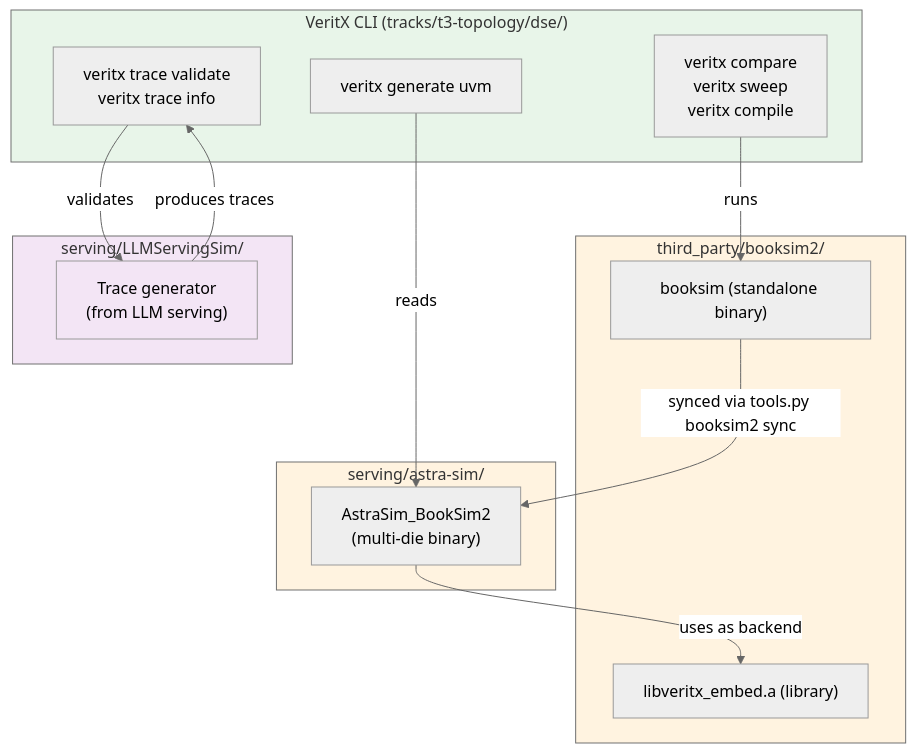
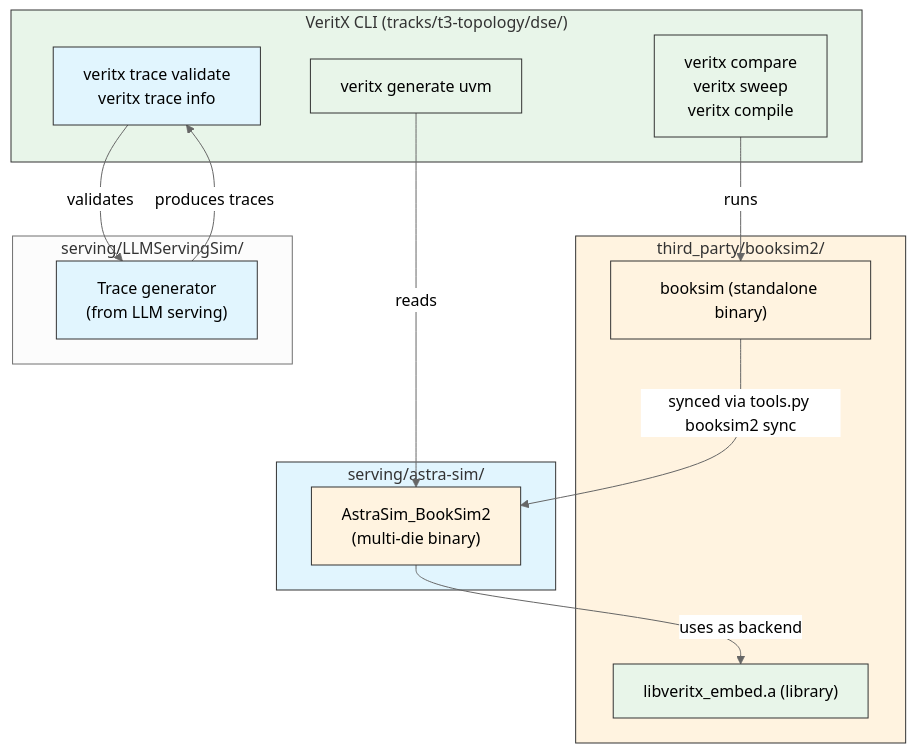
One commit to Anmol-S314/veritx-research changed the ninth of 17 diagrams in tracks/t3-topology/dse/README.md. Above: the diagram before and after it, drawn with Mermaid (neutral theme). The commit also changed other lines of this file and 1 other file, not shown here.

First line of the commit message:
docs: improve Mermaid diagram styling across all 22 diagrams

````diff
--- a/tracks/t3-topology/dse/README.md
+++ b/tracks/t3-topology/dse/README.md
@@ -1290,33 +1402,49 @@
 ```mermaid
 flowchart TD
     subgraph VeritX["VeritX CLI (tracks/t3-topology/dse/)"]
         V1["veritx compare\nveritx sweep\nveritx compile"]
         V2["veritx generate uvm"]
         V3["veritx trace validate\nveritx trace info"]
     end
 
     subgraph BookSim["third_party/booksim2/"]
         B1["booksim (standalone binary)"]
         B2["libveritx_embed.a (library)"]
     end
 
     subgraph ASTRA["serving/astra-sim/"]
         A1["AstraSim_BookSim2\n(multi-die binary)"]
     end
 
     subgraph LLM["serving/LLMServingSim/"]
         L1["Trace generator\n(from LLM serving)"]
     end
 
     V1 -->|"runs"| B1
     V2 -->|"reads"| A1
     V3 -->|"validates"| L1
     A1 -->|"uses as backend"| B2
     B1 -->|"synced via tools.py booksim2 sync"| A1
     L1 -->|"produces traces"| V3
-    style ASTRA fill:#fff3e0
-    style BookSim fill:#fff3e0
-    style L1 fill:#f3e5f5
-    style LLM fill:#f3e5f5
-    style VeritX fill:#e8f5e9
+
+    style A1 fill:#fff3e0,stroke:#333
+    style ASTRA fill:#e1f5fe,stroke:#333
+    style B1 fill:#fff3e0,stroke:#333
+    style B2 fill:#e8f5e9,stroke:#333
+    style BookSim fill:#fff3e0,stroke:#333
+    style L1 fill:#e1f5fe,stroke:#333
+    style V1 fill:#e8f5e9,stroke:#333
+    style V2 fill:#e8f5e9,stroke:#333
+    style V3 fill:#e1f5fe,stroke:#333
+    style VeritX fill:#e8f5e9,stroke:#333
+
+
+    classDef input fill:#e1f5fe,stroke:#01579b,color:#000
+    classDef cli fill:#e8f5e9,stroke:#2e7d32,color:#000
+    classDef sim fill:#fff3e0,stroke:#e65100,color:#000
+    classDef api fill:#fce4ec,stroke:#c62828,color:#000
+    classDef output fill:#f3e5f5,stroke:#6a1b9a,color:#000
+    class V1,V2,B2 cli
+    class V3,L1 input
+    class B1,A1 sim
 ```
````
